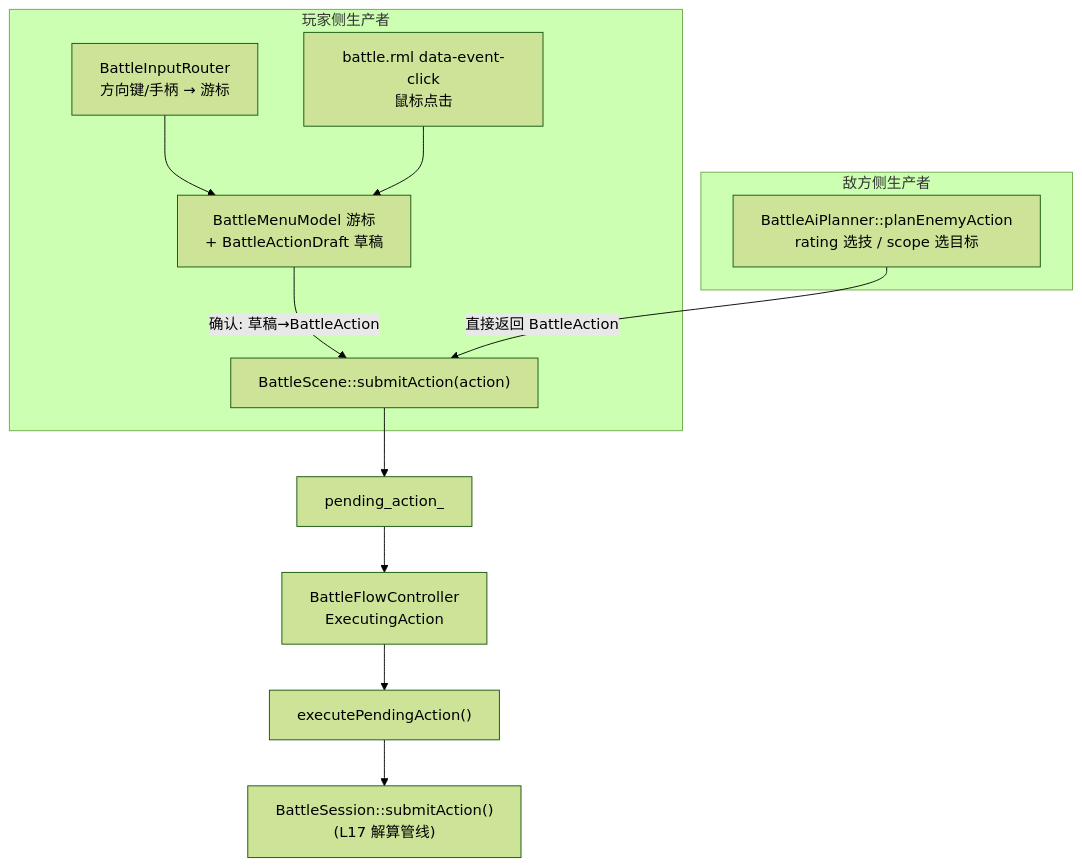
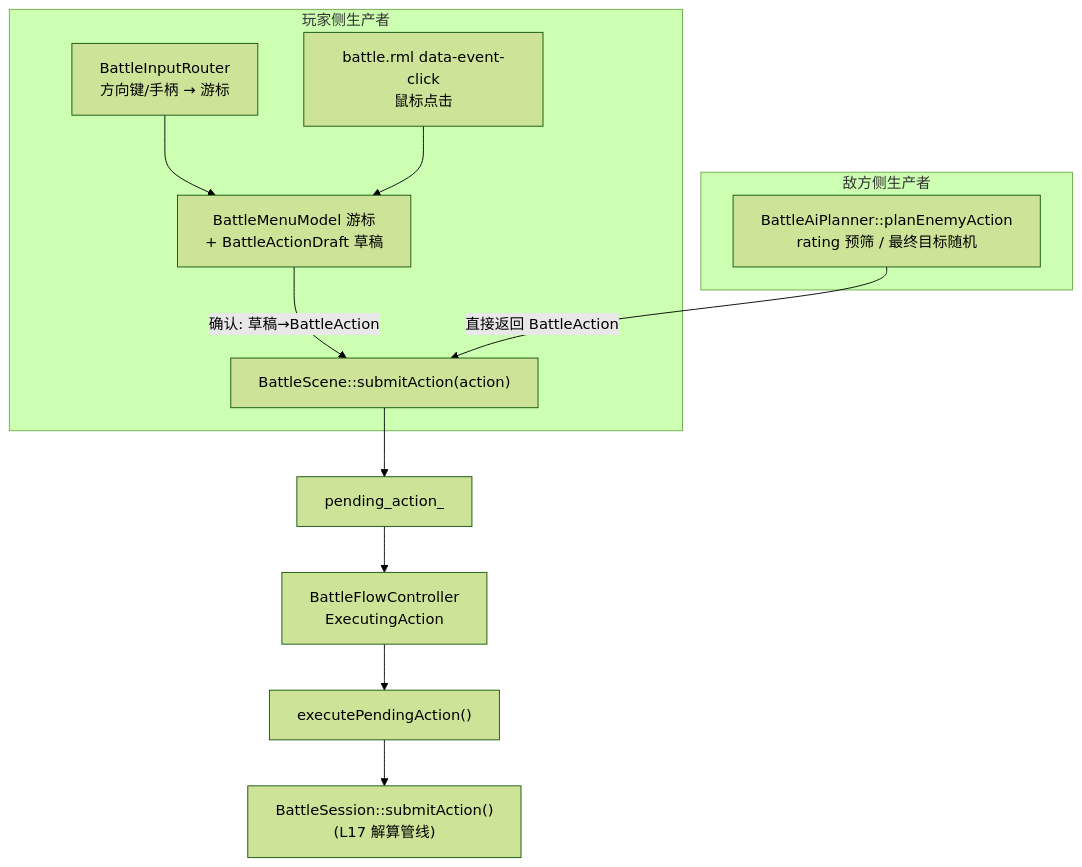
One commit to WispSnow/TinyFarmRPG changed the first of 2 diagrams in lecture_plans/lectures/18-战斗Action生成.md. Above: the diagram before and after it, drawn with Mermaid (forest theme). The commit also changed other lines of this file and 8 other files, not shown here.

````diff
--- a/lecture_plans/lectures/18-战斗Action生成.md
+++ b/lecture_plans/lectures/18-战斗Action生成.md
@@ -49,21 +52,21 @@
 ```mermaid
 flowchart TD
     subgraph PLAYER["玩家侧生产者"]
         NAV["BattleInputRouter<br/>方向键/手柄 → 游标"]
         MOUSE["battle.rml data-event-click<br/>鼠标点击"]
         MODEL["BattleMenuModel 游标<br/>+ BattleActionDraft 草稿"]
         NAV --> MODEL
         MOUSE --> MODEL
         MODEL -->|"确认: 草稿→BattleAction"| CONV
     end
 
     subgraph AI["敌方侧生产者"]
-        PLAN["BattleAiPlanner::planEnemyAction<br/>rating 选技 / scope 选目标"]
+        PLAN["BattleAiPlanner::planEnemyAction<br/>rating 预筛 / 最终目标随机"]
         PLAN -->|"直接返回 BattleAction"| CONV
     end
 
     CONV["BattleScene::submitAction(action)"] --> PEND["pending_action_"]
     PEND --> FLOW["BattleFlowController<br/>ExecutingAction"]
     FLOW --> EXEC["executePendingAction()"]
     EXEC --> SESS["BattleSession::submitAction()<br/>(L17 解算管线)"]
 ```
````
